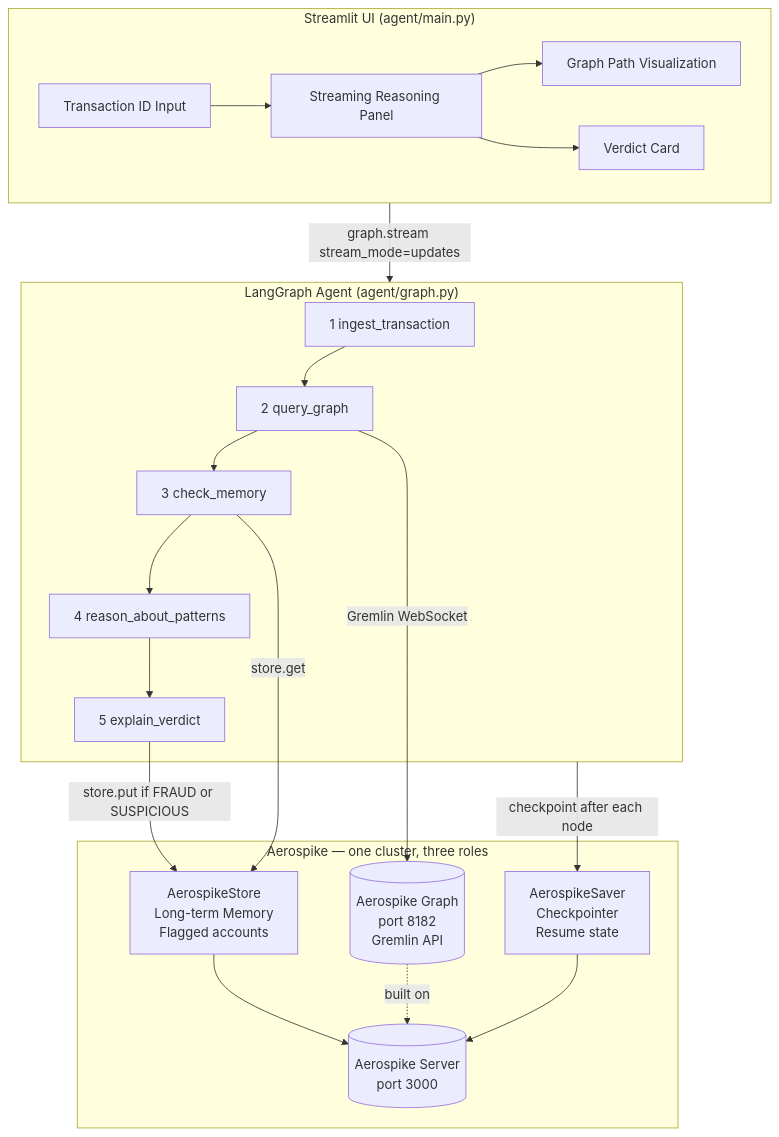
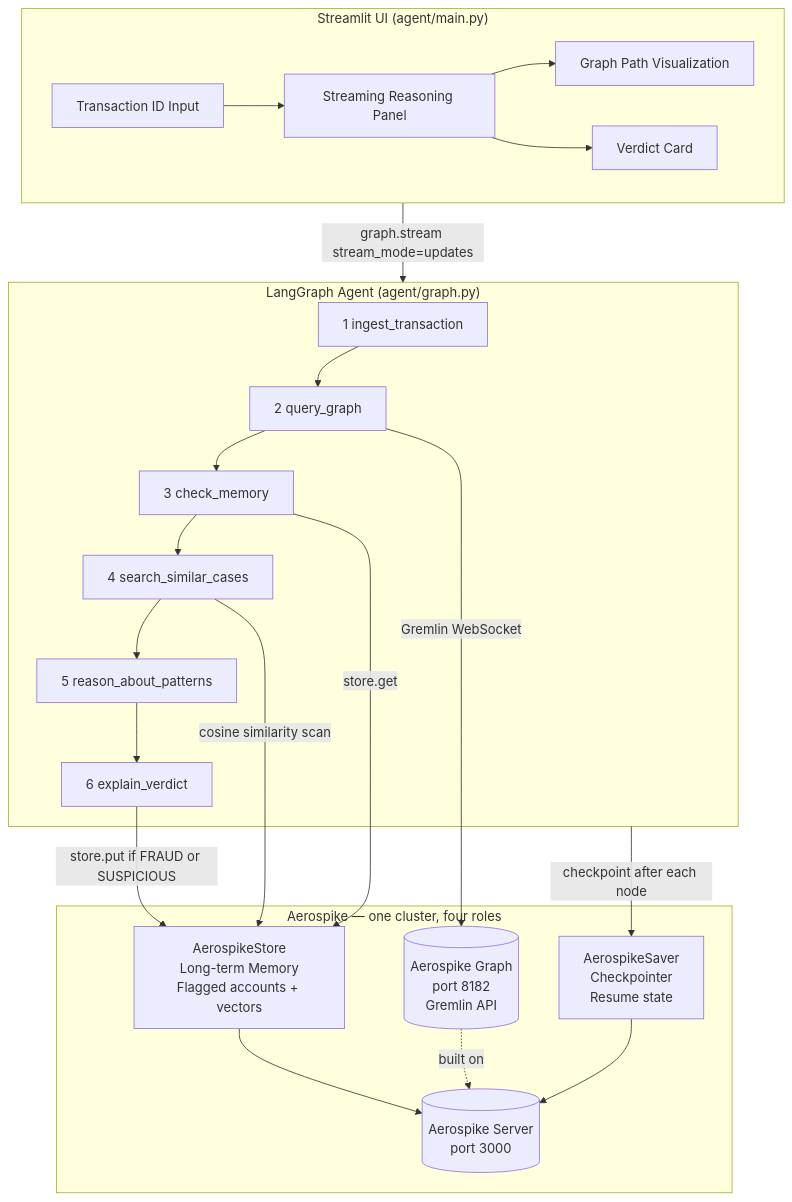
One commit to inchara08/fraud-investigator-agent changed the diagram in README.md. Above: the diagram before and after it, drawn with Mermaid. The commit also changed other lines of this file, not shown here.

````diff
--- a/README.md
+++ b/README.md
@@ -9,31 +31,33 @@
 ```mermaid
 flowchart TB
     subgraph UI["Streamlit UI (agent/main.py)"]
         A[Transaction ID Input] --> B[Streaming Reasoning Panel]
         B --> C[Graph Path Visualization]
         B --> D[Verdict Card]
     end
 
     subgraph Agent["LangGraph Agent (agent/graph.py)"]
         N1[1 ingest_transaction] --> N2[2 query_graph]
         N2 --> N3[3 check_memory]
-        N3 --> N4[4 reason_about_patterns]
-        N4 --> N5[5 explain_verdict]
+        N3 --> N4[4 search_similar_cases]
+        N4 --> N5[5 reason_about_patterns]
+        N5 --> N6[6 explain_verdict]
     end
 
-    subgraph Aerospike["Aerospike — one cluster, three roles"]
+    subgraph Aerospike["Aerospike — one cluster, four roles"]
         AG[(Aerospike Graph\nport 8182\nGremlin API)]
         AS[(Aerospike Server\nport 3000)]
         CP[AerospikeSaver\nCheckpointer\nResume state]
-        ST[AerospikeStore\nLong-term Memory\nFlagged accounts]
+        ST[AerospikeStore\nLong-term Memory\nFlagged accounts + vectors]
     end
 
     UI -->|graph.stream stream_mode=updates| Agent
     N2 -->|Gremlin WebSocket| AG
     N3 -->|store.get| ST
-    N5 -->|store.put if FRAUD or SUSPICIOUS| ST
+    N4 -->|cosine similarity scan| ST
+    N6 -->|store.put if FRAUD or SUSPICIOUS| ST
     Agent -->|checkpoint after each node| CP
     AG -.built on.-> AS
     CP --> AS
     ST --> AS
 ```
````
